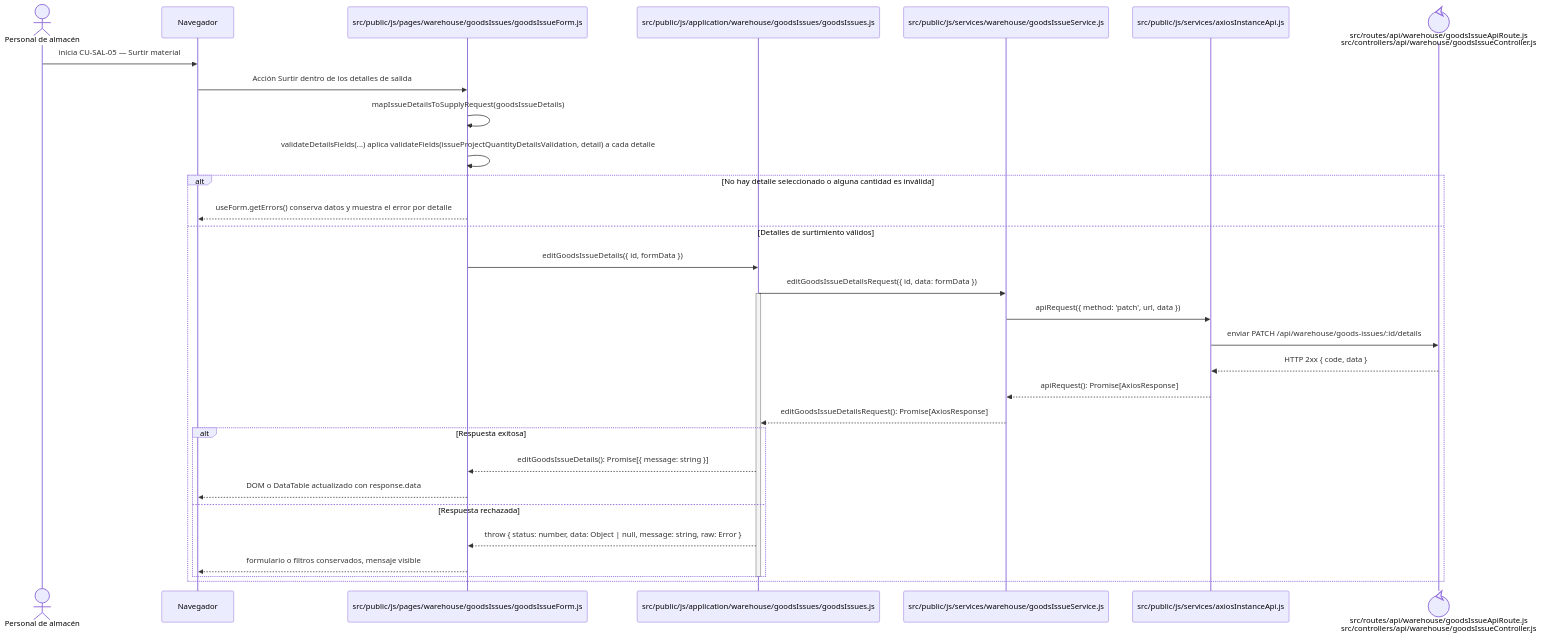
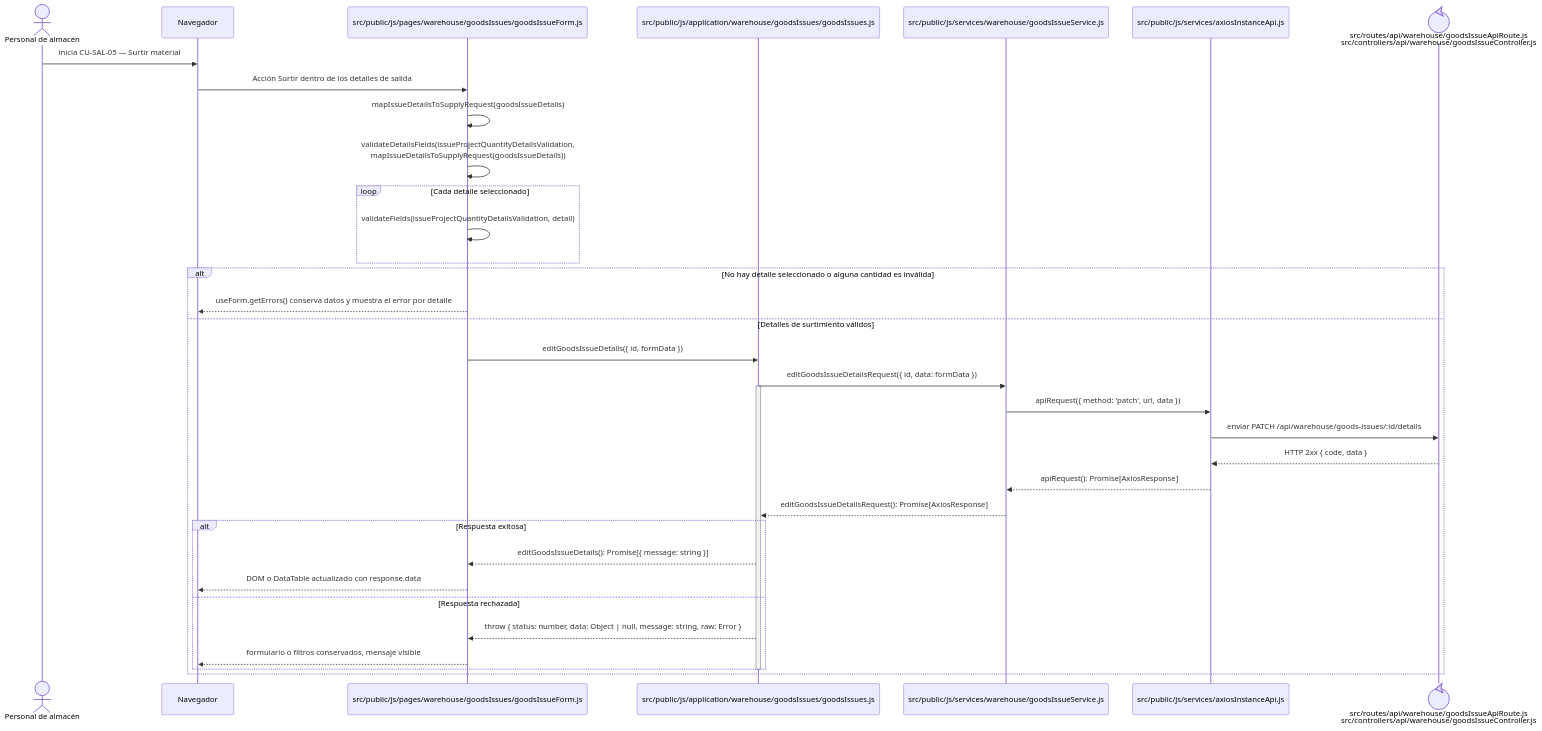
Before and after one commit to gpgsistemas01/nexus: the diagram in docs/architecture/frontend-code-sequences/issues/cu-sal-05.md, drawn with Mermaid. The commit also changed 8 other files, not shown here.

````diff
--- a/docs/architecture/frontend-code-sequences/issues/cu-sal-05.md
+++ b/docs/architecture/frontend-code-sequences/issues/cu-sal-05.md
@@ -6,35 +6,38 @@
 ```mermaid
 sequenceDiagram
     actor Initiator as Personal de almacén
     participant Browser as Navegador
     participant View as src/public/js/pages/warehouse/goodsIssues/goodsIssueForm.js
     participant Application as src/public/js/application/warehouse/goodsIssues/goodsIssues.js
     participant Request as src/public/js/services/warehouse/goodsIssueService.js
     participant HTTP as src/public/js/services/axiosInstanceApi.js
     participant Transport@{ "type": "control" } as src/routes/api/warehouse/goodsIssueApiRoute.js<br/>src/controllers/api/warehouse/goodsIssueController.js
 
     Initiator->>Browser: inicia CU-SAL-05 — Surtir material
     Browser->>View: Acción Surtir dentro de los detalles de salida
     View->>View: mapIssueDetailsToSupplyRequest(goodsIssueDetails)
-    View->>View: validateDetailsFields(...) aplica validateFields(issueProjectQuantityDetailsValidation, detail) a cada detalle
+    View->>View: validateDetailsFields(issueProjectQuantityDetailsValidation,<br/>mapIssueDetailsToSupplyRequest(goodsIssueDetails))
+    loop Cada detalle seleccionado
+        View->>View: validateFields(issueProjectQuantityDetailsValidation, detail)
+    end
     alt No hay detalle seleccionado o alguna cantidad es inválida
         View-->>Browser: useForm.getErrors() conserva datos y muestra el error por detalle
     else Detalles de surtimiento válidos
         View->>Application: editGoodsIssueDetails({ id, formData })
         Application->>Request: editGoodsIssueDetailsRequest({ id, data: formData })
         activate Application
         Request->>HTTP: apiRequest({ method: 'patch', url, data })
         HTTP->>Transport: enviar PATCH /api/warehouse/goods-issues/:id/details
         Transport-->>HTTP: HTTP 2xx { code, data }
         HTTP-->>Request: apiRequest(): Promise[AxiosResponse]
         Request-->>Application: editGoodsIssueDetailsRequest(): Promise[AxiosResponse]
         alt Respuesta exitosa
             Application-->>View: editGoodsIssueDetails(): Promise[{ message: string }]
             View-->>Browser: DOM o DataTable actualizado con response.data
         else Respuesta rechazada
             Application-->>View: throw { status: number, data: Object | null, message: string, raw: Error }
             View-->>Browser: formulario o filtros conservados, mensaje visible
         end
         deactivate Application
     end
 ```
````
